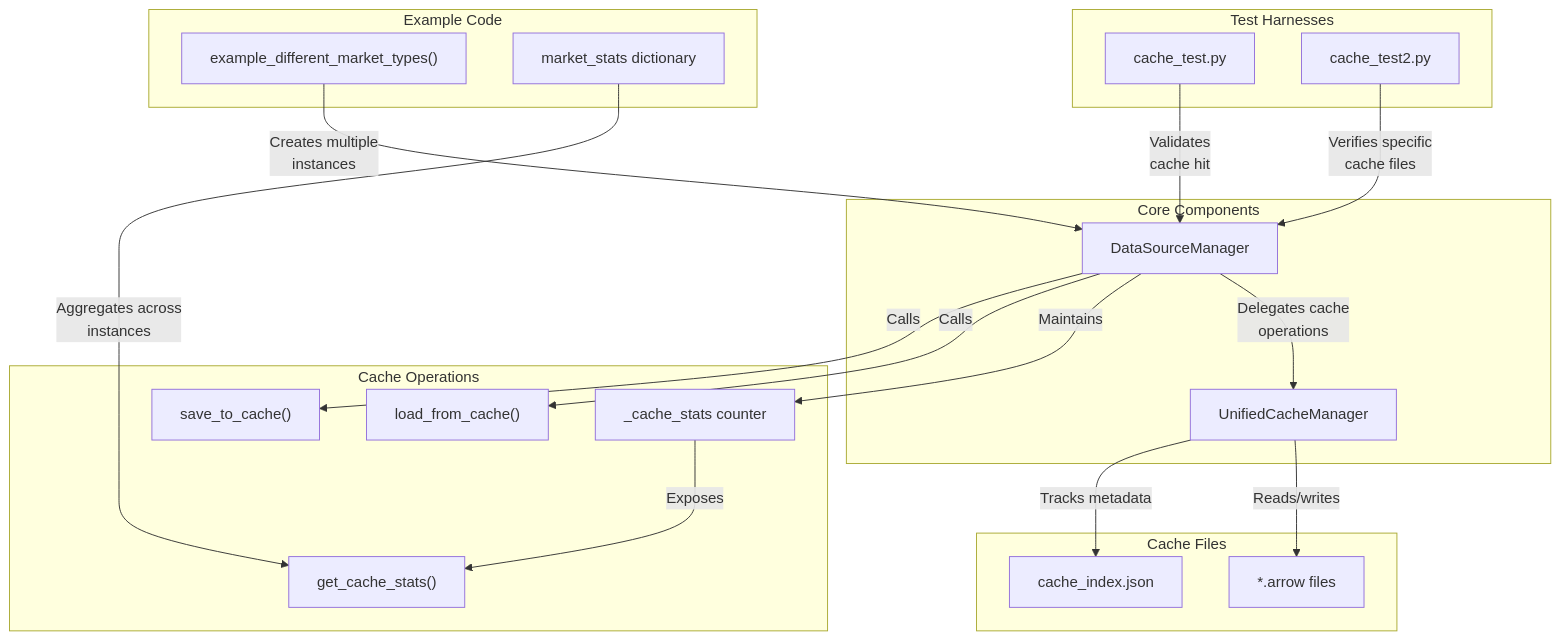
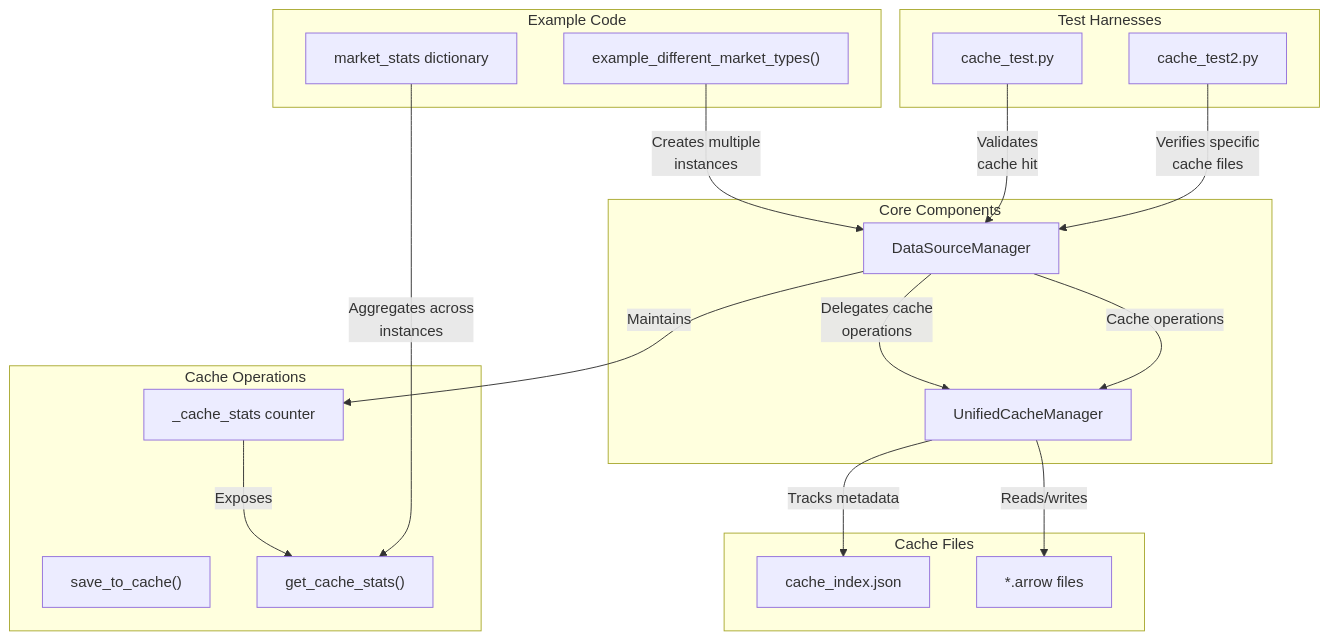
One commit to terrylica/crypto-kline-vision-data changed the diagram in docs/cache_diagnostics/multi_manager_stats_integrity.md. Above: the diagram before and after it, drawn with Mermaid. The commit also changed 1 other file, not shown here.

Commit message:
refactor(data_source_manager): remove dead analyze_merged_data method EL-1009
Remove the unused `analyze_merged_data` method (~60 lines) and its related legacy logic from `data_source_manager.py`, reclaiming dead code and improving long‑term maintainability.

Saturday 2025-04-19 01:38:57 Vancouver GMT-07:00

````diff
--- a/docs/cache_diagnostics/multi_manager_stats_integrity.md
+++ b/docs/cache_diagnostics/multi_manager_stats_integrity.md
@@ -68,43 +68,41 @@
 ```mermaid
 graph TD
     subgraph "Example Code"
         EF["example_different_market_types()"]
         MS["market_stats dictionary"]
     end
 
     subgraph "Core Components"
         DSM["DataSourceManager"]
         UCM["UnifiedCacheManager"]
     end
 
     subgraph "Cache Files"
         CI["cache_index.json"]
         AF["*.arrow files"]
     end
 
     subgraph "Test Harnesses"
         CT1["cache_test.py"]
         CT2["cache_test2.py"]
     end
 
     subgraph "Cache Operations"
-        LFC["load_from_cache()"]
         STC["save_to_cache()"]
         GCS["get_cache_stats()"]
         CS["_cache_stats counter"]
     end
 
     EF -->|"Creates multiple\ninstances"| DSM
     DSM -->|"Delegates cache\noperations"| UCM
     UCM -->|"Reads/writes"| AF
     UCM -->|"Tracks metadata"| CI
     DSM -->|"Maintains"| CS
     CS -->|"Exposes"| GCS
-    DSM -->|"Calls"| LFC
-    DSM -->|"Calls"| STC
+    DSM -->|"Cache operations"| UCM
 
     CT1 -->|"Validates\ncache hit"| DSM
     CT2 -->|"Verifies specific\ncache files"| DSM
 
     MS -->|"Aggregates across\ninstances"| GCS
 ```
````
